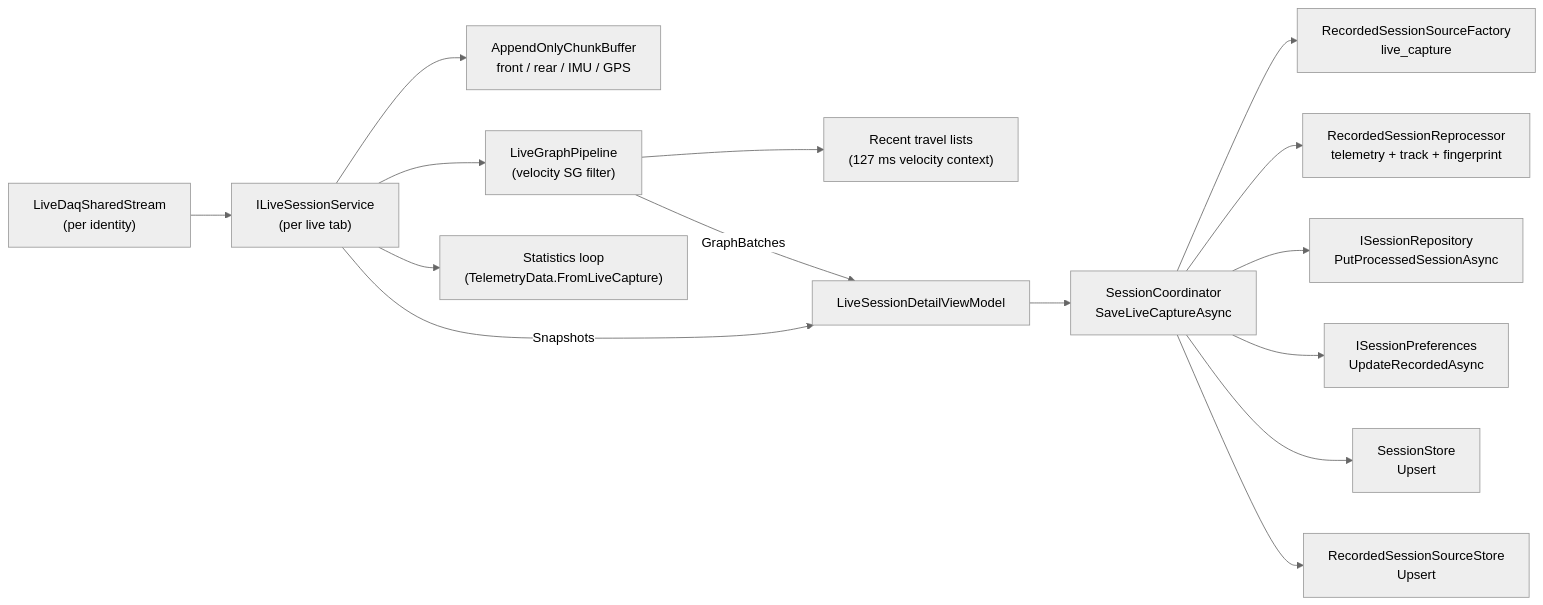
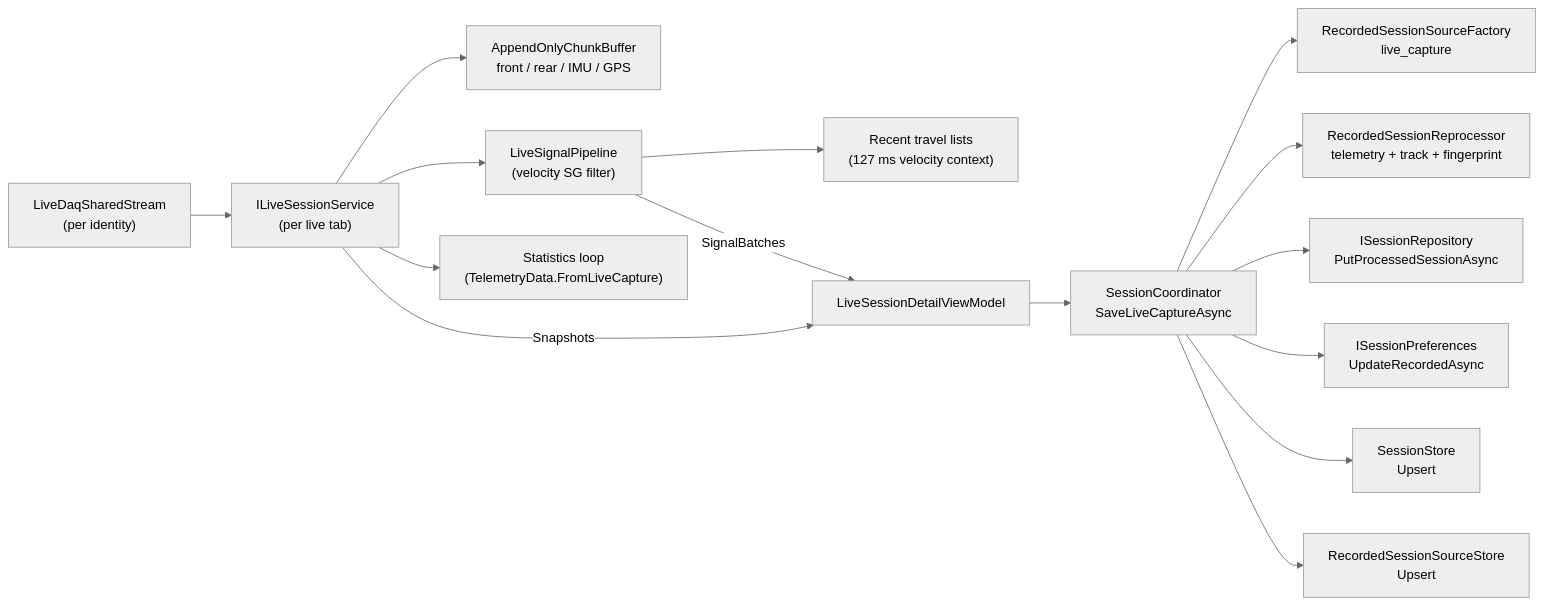
One commit to MoridinBG/Sufni.app changed the diagram in docs/architecture/live-session.md. Above: the diagram before and after it, drawn with Mermaid (neutral theme). The commit also changed other lines of this file and 12 other files, not shown here.

````diff
--- a/docs/architecture/live-session.md
+++ b/docs/architecture/live-session.md
@@ -30,17 +30,17 @@
 ```mermaid
 graph LR
     Shared["LiveDaqSharedStream<br/>(per identity)"] --> Service["ILiveSessionService<br/>(per live tab)"]
     Service --> AppendBufs["AppendOnlyChunkBuffer<br/>front / rear / IMU / GPS"]
-    Service --> GraphPipe["LiveGraphPipeline<br/>(velocity SG filter)"]
+    Service --> SignalPipe["LiveSignalPipeline<br/>(velocity SG filter)"]
     Service --> StatsLoop["Statistics loop<br/>(TelemetryData.FromLiveCapture)"]
-    GraphPipe --> RecentTravel["Recent travel lists<br/>(127 ms velocity context)"]
+    SignalPipe --> RecentTravel["Recent travel lists<br/>(127 ms velocity context)"]
     Service -->|"Snapshots"| DetailVM["LiveSessionDetailViewModel"]
-    GraphPipe -->|"GraphBatches"| DetailVM
+    SignalPipe -->|"SignalBatches"| DetailVM
     DetailVM --> Coord["SessionCoordinator<br/>SaveLiveCaptureAsync"]
     Coord --> Source["RecordedSessionSourceFactory<br/>live_capture"]
     Coord --> Reprocessor["RecordedSessionReprocessor<br/>telemetry + track + fingerprint"]
     Coord --> Repo["ISessionRepository<br/>PutProcessedSessionAsync"]
     Coord --> Prefs["ISessionPreferences<br/>UpdateRecordedAsync"]
     Coord --> Store["SessionStore<br/>Upsert"]
     Coord --> SourceStore["RecordedSessionSourceStore<br/>Upsert"]
 ```
````
